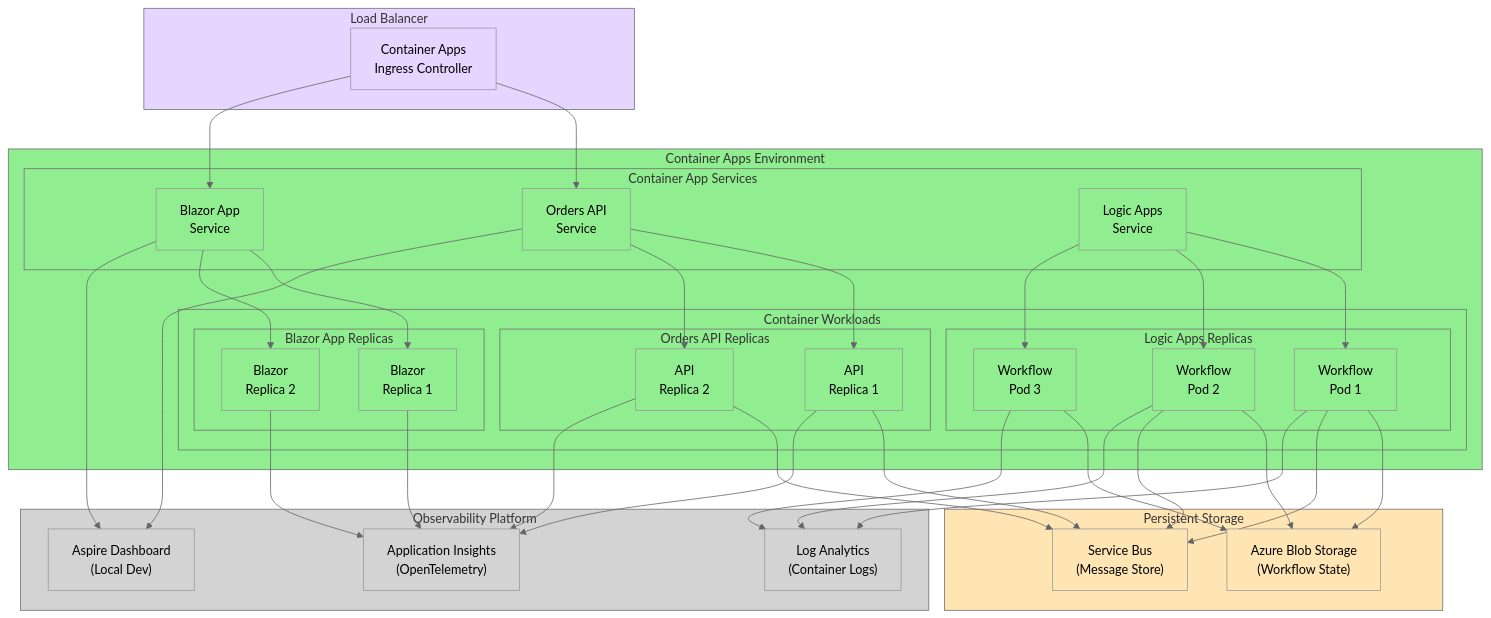
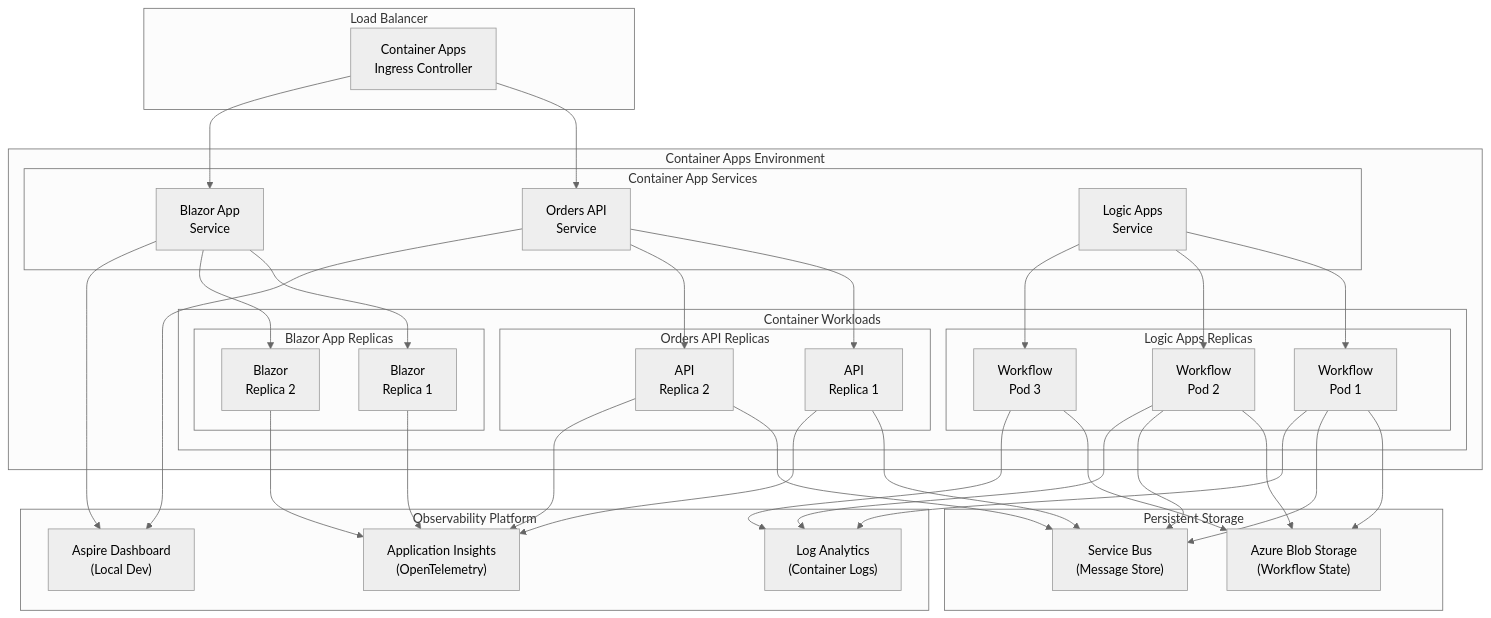
One commit to Evilazaro/Azure-LogicApps-Monitoring changed the tenth of 12 diagrams in README.md. Above: the diagram before and after it, drawn with Mermaid (neutral theme). The commit also changed other lines of this file, not shown here.

Commit message:
refactor: remove redundant style definitions from flowcharts in README.md

````diff
--- a/README.md
+++ b/README.md
@@ -816,30 +676,4 @@
     
     OrdersAPISvc --> AspireDashboard
     BlazorAppSvc --> AspireDashboard
-    
-    style LoadBalancer fill:#E6D5FF
-    style ContainerEnvironment fill:#90EE90
-    style Services fill:#90EE90
-    style Workloads fill:#90EE90
-    style PersistentStorage fill:#FFE5B4
-    style ObservabilityPlatform fill:#D3D3D3
-    style Ingress fill:#E6D5FF
-    style OrdersAPISvc fill:#90EE90
-    style BlazorAppSvc fill:#90EE90
-    style LogicAppsSvc fill:#90EE90
-    style OrdersAPIPods fill:#90EE90
-    style BlazorAppPods fill:#90EE90
-    style LogicAppPods fill:#90EE90
-    style OrdersAPI1 fill:#90EE90
-    style OrdersAPI2 fill:#90EE90
-    style BlazorApp1 fill:#90EE90
-    style BlazorApp2 fill:#90EE90
-    style LogicApp1 fill:#90EE90
-    style LogicApp2 fill:#90EE90
-    style LogicApp3 fill:#90EE90
-    style BlobStorage fill:#FFE5B4
-    style ServiceBus fill:#FFE5B4
-    style AppInsights fill:#D3D3D3
-    style LogAnalytics fill:#D3D3D3
-    style AspireDashboard fill:#D3D3D3
 ```
````
